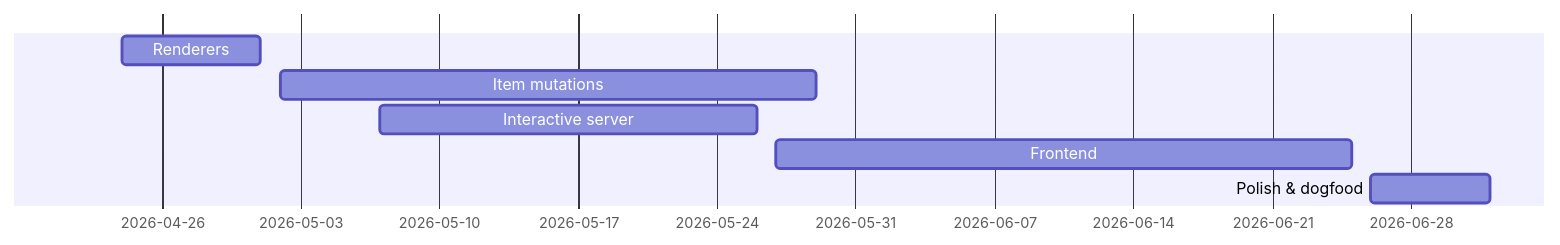
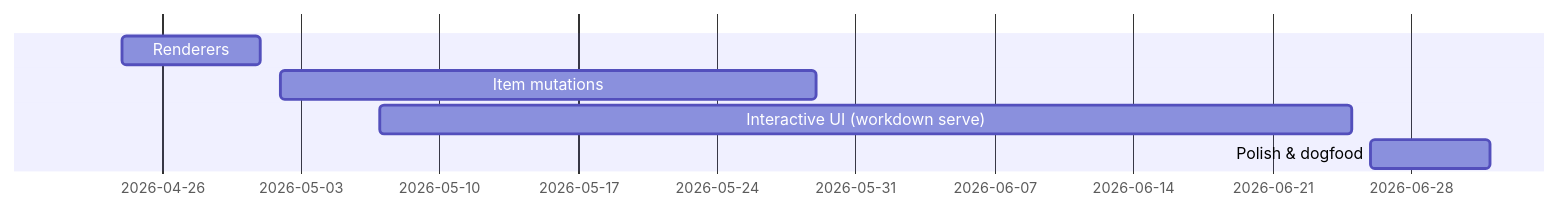
The second of 2 diagrams in views/roadmap-by-depth.md (jasdefer/Workdown), drawn with Mermaid before and after one commit. The commit also changed other lines of this file and 224 other files, not shown here.

First line of the commit message:
Add web app: `workdown serve` with embedded SvelteKit UI rendering all view kinds (#39)

````diff
--- a/views/roadmap-by-depth.md
+++ b/views/roadmap-by-depth.md
@@ -15,9 +15,8 @@
 ```mermaid
 gantt
     dateFormat YYYY-MM-DD
     Renderers :renderers, 2026-04-24, 2026-05-01
     Item mutations :item-mutations, 2026-05-02, 2026-05-29
-    Interactive server :server, 2026-05-07, 2026-05-26
-    Frontend :frontend, 2026-05-27, 2026-06-25
+    Interactive UI (workdown serve) :server, 2026-05-07, 2026-06-25
     Polish & dogfood :polish, 2026-06-26, 2026-07-02
 ```
````
